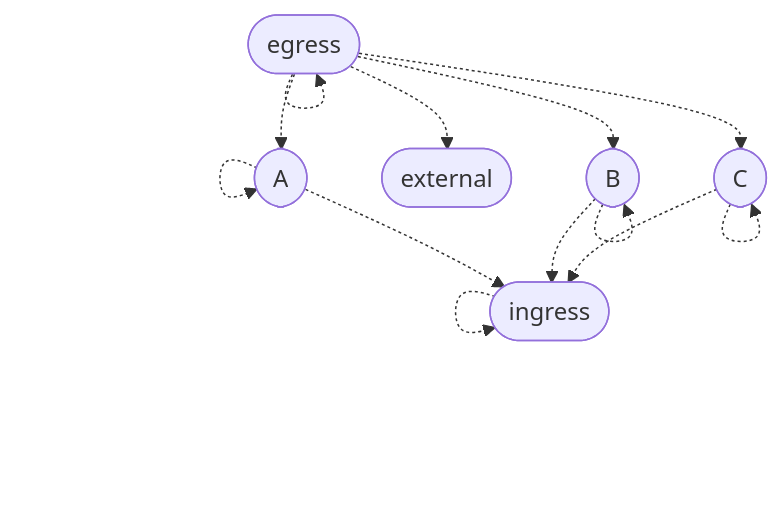
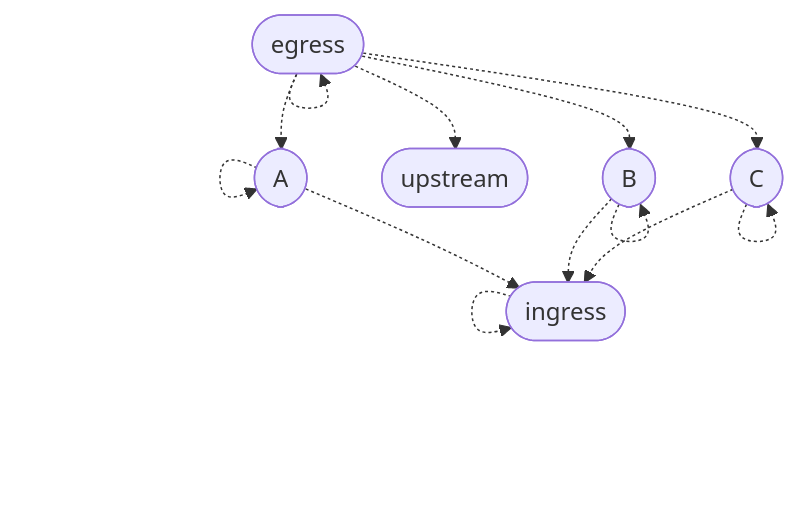
Before and after one commit to stepchowfun/proofs: diagram 22 of 25 in proofs/AdmissibilityGraph/README.md, drawn with Mermaid. The commit also changed other lines of this file, not shown here.

Commit message:
Wordsmith the admissibility graph README

````diff
--- a/proofs/AdmissibilityGraph/README.md
+++ b/proofs/AdmissibilityGraph/README.md
@@ -438,22 +438,22 @@
 ```mermaid
 flowchart TD
   e([egress])
   i([ingress])
   a([A])
   b([B])
   c([C])
-  z([external])
+  up([upstream])
 
   e -.-> e
   i -.-> i
   a -.-> a
   b -.-> b
   c -.-> c
   e -.-> a
   e -.-> b
   e -.-> c
   a -.-> i
   b -.-> i
   c -.-> i
-  e -.-> z
+  e -.-> up
 ```
````
